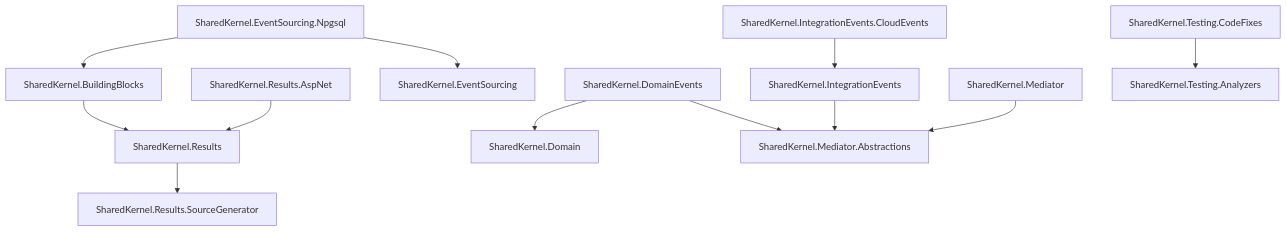
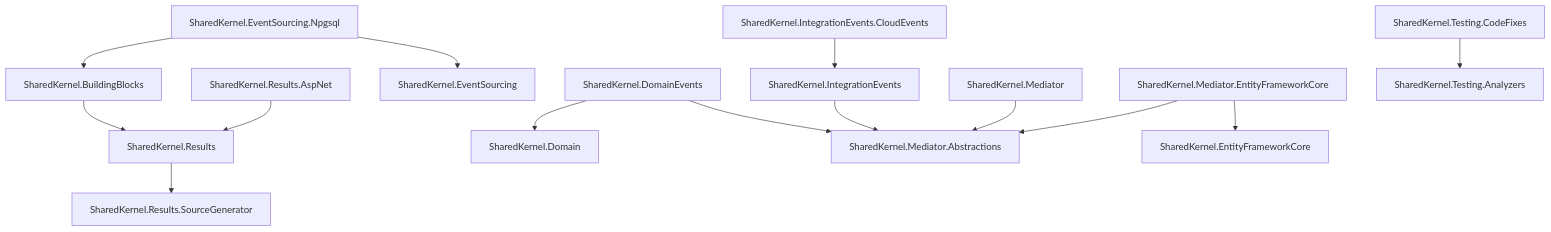
One commit to danigutsch/ViajantesTurismo changed the fourth of 4 diagrams in docs/architecture/boundaries-and-dependencies.md. Above: the diagram before and after it, drawn with Mermaid. The commit also changed other lines of this file and 37 other files, not shown here.

Commit message:
feat(shared-kernel): add ef command transaction pipeline

````diff
--- a/docs/architecture/boundaries-and-dependencies.md
+++ b/docs/architecture/boundaries-and-dependencies.md
@@ -168,14 +170,16 @@
 ```mermaid
 flowchart TB
     SharedKernel_BuildingBlocks[SharedKernel.BuildingBlocks] --> SharedKernel_Results[SharedKernel.Results]
     SharedKernel_DomainEvents[SharedKernel.DomainEvents] --> SharedKernel_Domain[SharedKernel.Domain]
     SharedKernel_DomainEvents[SharedKernel.DomainEvents] --> SharedKernel_Mediator_Abstractions[SharedKernel.Mediator.Abstractions]
     SharedKernel_EventSourcing_Npgsql[SharedKernel.EventSourcing.Npgsql] --> SharedKernel_BuildingBlocks[SharedKernel.BuildingBlocks]
     SharedKernel_EventSourcing_Npgsql[SharedKernel.EventSourcing.Npgsql] --> SharedKernel_EventSourcing[SharedKernel.EventSourcing]
     SharedKernel_IntegrationEvents[SharedKernel.IntegrationEvents] --> SharedKernel_Mediator_Abstractions[SharedKernel.Mediator.Abstractions]
     SharedKernel_IntegrationEvents_CloudEvents[SharedKernel.IntegrationEvents.CloudEvents] --> SharedKernel_IntegrationEvents[SharedKernel.IntegrationEvents]
     SharedKernel_Mediator[SharedKernel.Mediator] --> SharedKernel_Mediator_Abstractions[SharedKernel.Mediator.Abstractions]
+    SharedKernel_Mediator_EntityFrameworkCore[SharedKernel.Mediator.EntityFrameworkCore] --> SharedKernel_EntityFrameworkCore[SharedKernel.EntityFrameworkCore]
+    SharedKernel_Mediator_EntityFrameworkCore[SharedKernel.Mediator.EntityFrameworkCore] --> SharedKernel_Mediator_Abstractions[SharedKernel.Mediator.Abstractions]
     SharedKernel_Results[SharedKernel.Results] --> SharedKernel_Results_SourceGenerator[SharedKernel.Results.SourceGenerator]
     SharedKernel_Results_AspNet[SharedKernel.Results.AspNet] --> SharedKernel_Results[SharedKernel.Results]
     SharedKernel_Testing_CodeFixes[SharedKernel.Testing.CodeFixes] --> SharedKernel_Testing_Analyzers[SharedKernel.Testing.Analyzers]
 ```
````
